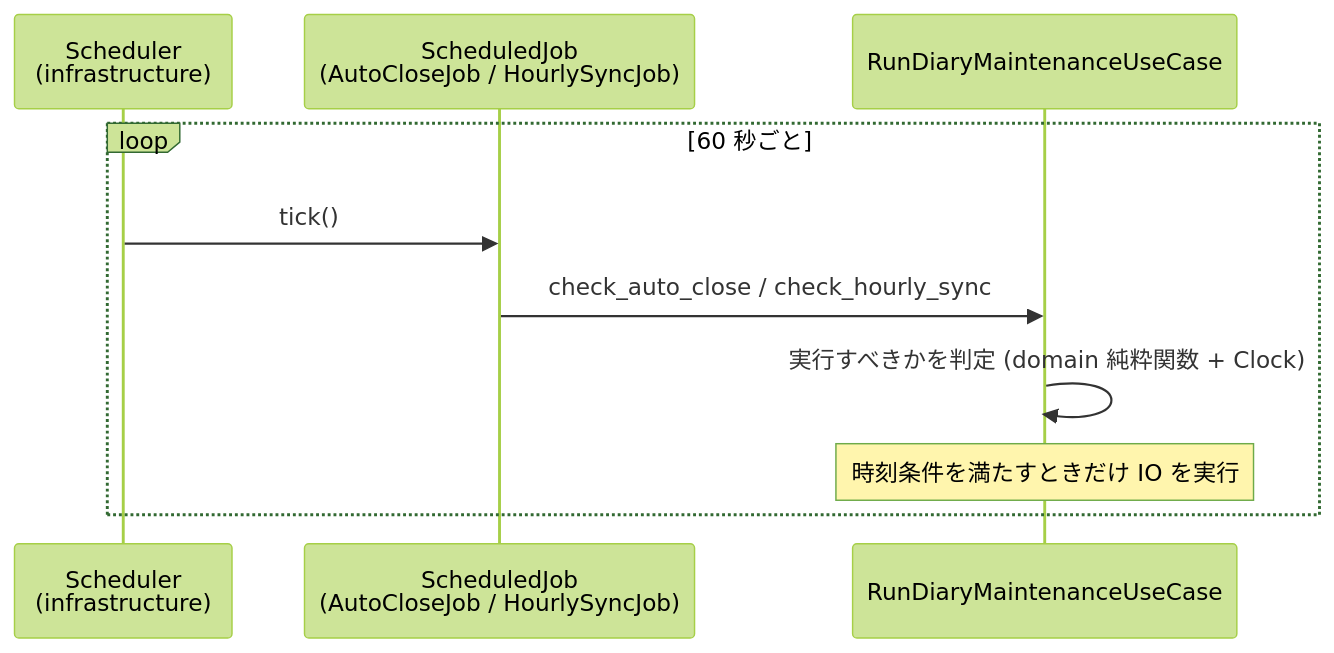
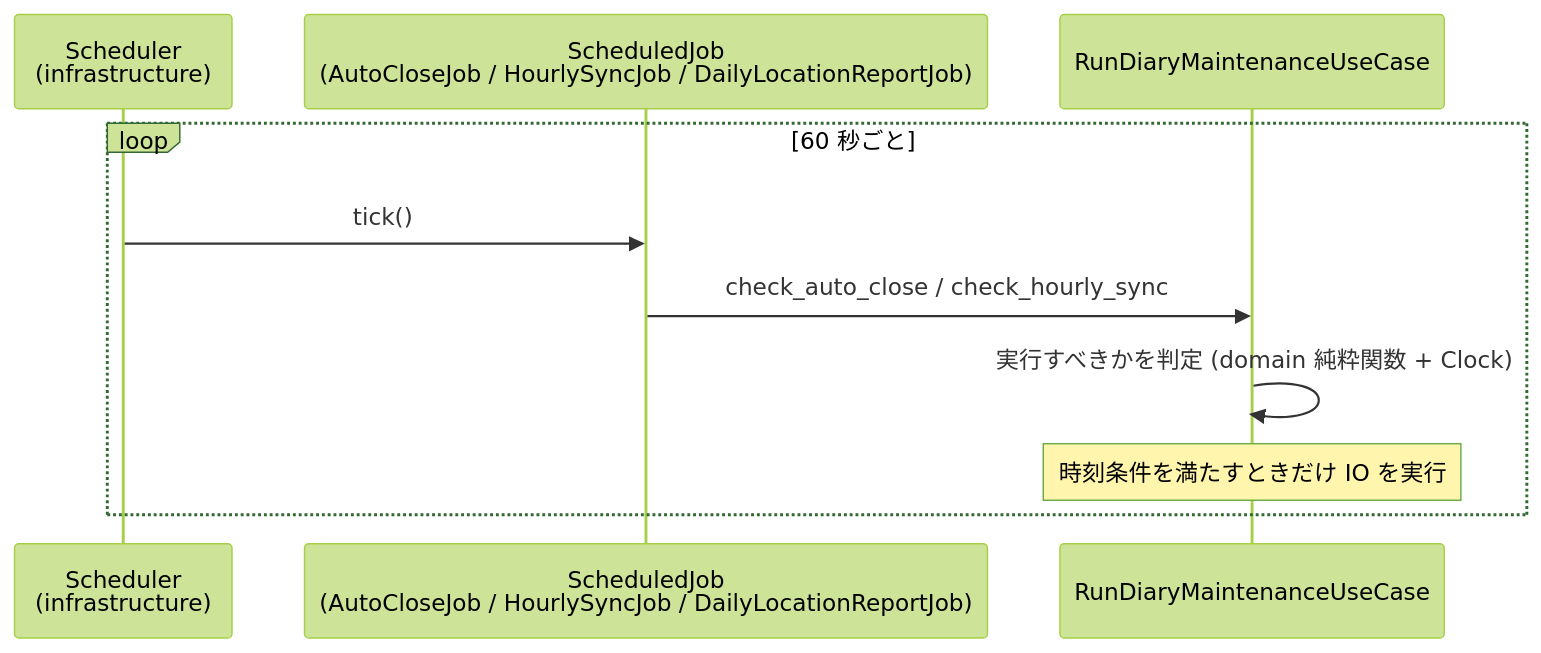
One commit to ekuinox/kgd changed the fourth of 4 diagrams in docs/architecture.md. Above: the diagram before and after it, drawn with Mermaid (forest theme). The commit also changed other lines of this file and 56 other files, not shown here.

````diff
--- a/docs/architecture.md
+++ b/docs/architecture.md
@@ -130,13 +135,13 @@
 ```mermaid
 sequenceDiagram
     participant SC as Scheduler<br>(infrastructure)
-    participant J as ScheduledJob<br>(AutoCloseJob / HourlySyncJob)
+    participant J as ScheduledJob<br>(AutoCloseJob / HourlySyncJob / DailyLocationReportJob)
     participant M as RunDiaryMaintenanceUseCase
 
     loop 60 秒ごと
         SC->>J: tick()
         J->>M: check_auto_close / check_hourly_sync
         M->>M: 実行すべきかを判定 (domain 純粋関数 + Clock)
         Note over M: 時刻条件を満たすときだけ IO を実行
     end
 ```
````
